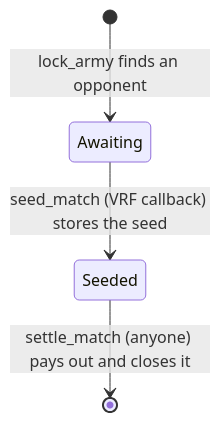
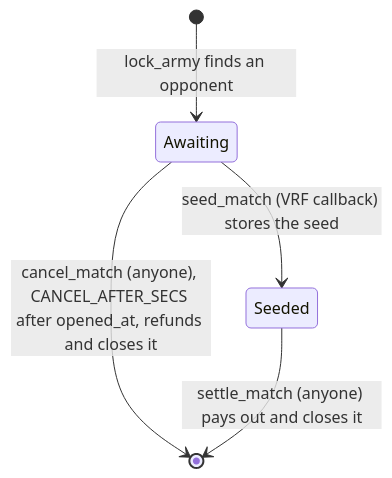
Before and after one commit to Dodecahedr0x/horizon-zero: the third of 3 diagrams in docs/src/accounts.md, drawn with Mermaid. The commit also changed other lines of this file and 8 other files, not shown here.

Commit message:
feat: cancel_match ends a battle whose VRF seed never arrived

````diff
--- a/docs/src/accounts.md
+++ b/docs/src/accounts.md
@@ -105,6 +106,7 @@
 ```mermaid
 stateDiagram-v2
   [*] --> Awaiting: lock_army finds an opponent
   Awaiting --> Seeded: seed_match (VRF callback) stores the seed
+  Awaiting --> [*]: cancel_match (anyone), CANCEL_AFTER_SECS after opened_at, refunds and closes it
   Seeded --> [*]: settle_match (anyone) pays out and closes it
 ```
````
